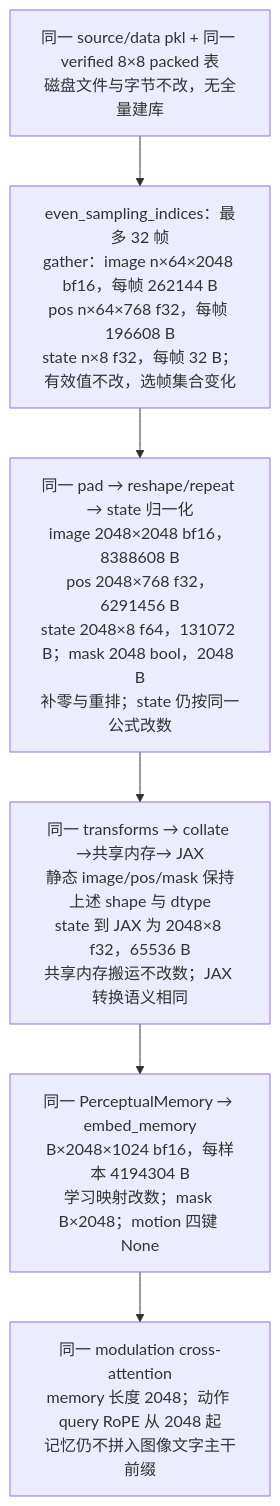
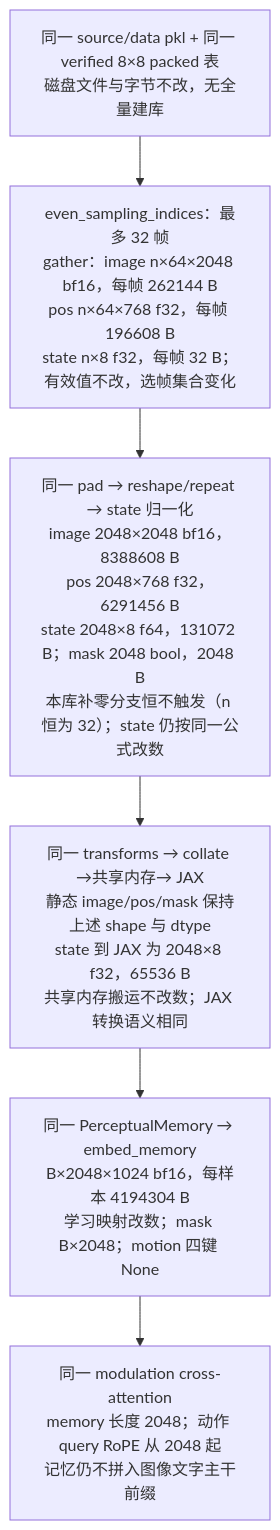
Before and after one commit to hongzefu/robomme_policy_learning_MotionJEPA: the second of 2 diagrams in 0920-32frame-8x8-modul-2048-plan.md, drawn with Mermaid. The commit also changed other lines of this file, not shown here.

````diff
--- a/0920-32frame-8x8-modul-2048-plan.md
+++ b/0920-32frame-8x8-modul-2048-plan.md
@@ -191,10 +247,10 @@
 ```mermaid
 flowchart TD
     A["同一 source/data pkl + 同一 verified 8×8 packed 表<br/>磁盘文件与字节不改，无全量建库"]
     B["even_sampling_indices：最多 32 帧<br/>gather：image n×64×2048 bf16，每帧 262144 B<br/>pos n×64×768 f32，每帧 196608 B<br/>state n×8 f32，每帧 32 B；有效值不改，选帧集合变化"]
-    C["同一 pad → reshape/repeat → state 归一化<br/>image 2048×2048 bf16，8388608 B<br/>pos 2048×768 f32，6291456 B<br/>state 2048×8 f64，131072 B；mask 2048 bool，2048 B<br/>补零与重排；state 仍按同一公式改数"]
+    C["同一 pad → reshape/repeat → state 归一化<br/>image 2048×2048 bf16，8388608 B<br/>pos 2048×768 f32，6291456 B<br/>state 2048×8 f64，131072 B；mask 2048 bool，2048 B<br/>本库补零分支恒不触发（n 恒为 32）；state 仍按同一公式改数"]
     D["同一 transforms → collate →共享内存→ JAX<br/>静态 image/pos/mask 保持上述 shape 与 dtype<br/>state 到 JAX 为 2048×8 f32，65536 B<br/>共享内存搬运不改数；JAX 转换语义相同"]
     E["同一 PerceptualMemory → embed_memory<br/>B×2048×1024 bf16，每样本 4194304 B<br/>学习映射改数；mask B×2048；motion 四键 None"]
     F["同一 modulation cross-attention<br/>memory 长度 2048；动作 query RoPE 从 2048 起<br/>记忆仍不拼入图像文字主干前缀"]
     A --> B --> C --> D --> E --> F
 ```
````
